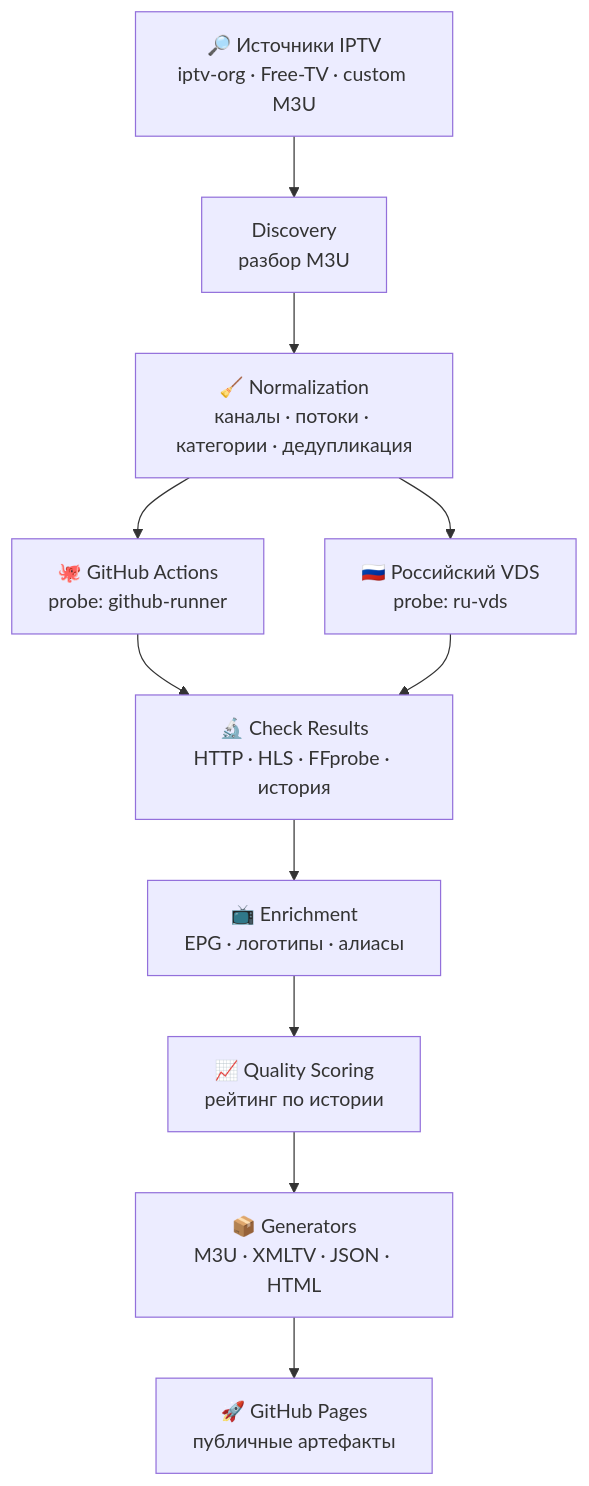
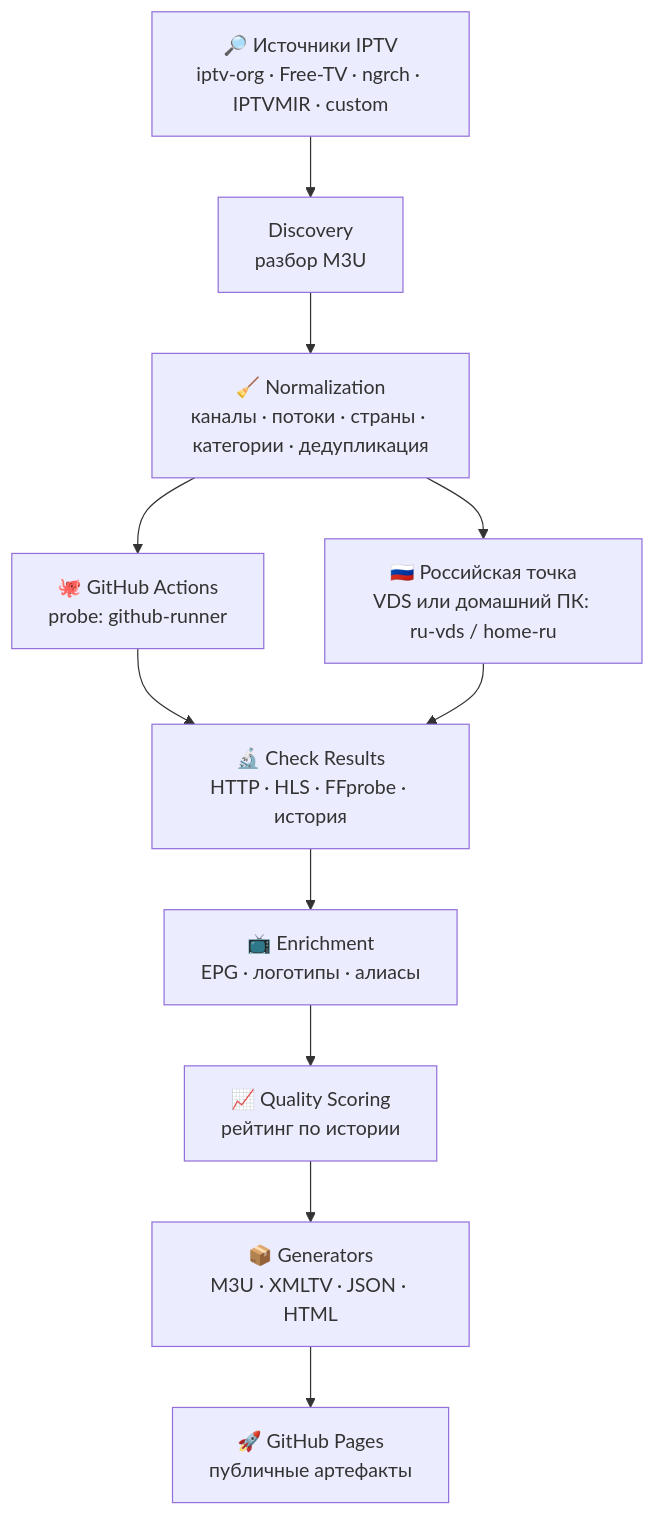
The diagram in README.md (chelslava/iptv-ru-monitor), drawn with Mermaid before and after one commit. The commit also changed other lines of this file, not shown here.

````diff
--- a/README.md
+++ b/README.md
@@ -91,13 +98,13 @@
 ```mermaid
 flowchart TD
-    SRC["🔎 Источники IPTV<br/>iptv-org · Free-TV · custom M3U"] --> DISC["Discovery<br/>разбор M3U"]
-    DISC --> NORM["🧹 Normalization<br/>каналы · потоки · категории · дедупликация"]
+    SRC["🔎 Источники IPTV<br/>iptv-org · Free-TV · ngrch · IPTVMIR · custom"] --> DISC["Discovery<br/>разбор M3U"]
+    DISC --> NORM["🧹 Normalization<br/>каналы · потоки · страны · категории · дедупликация"]
     NORM --> GH["🐙 GitHub Actions<br/>probe: github-runner"]
-    NORM --> VDS["🇷🇺 Российский VDS<br/>probe: ru-vds"]
+    NORM --> VDS["🇷🇺 Российская точка<br/>VDS или домашний ПК: ru-vds / home-ru"]
     GH --> RES["🔬 Check Results<br/>HTTP · HLS · FFprobe · история"]
     VDS --> RES
     RES --> ENR["📺 Enrichment<br/>EPG · логотипы · алиасы"]
     ENR --> SCORE["📈 Quality Scoring<br/>рейтинг по истории"]
     SCORE --> GEN["📦 Generators<br/>M3U · XMLTV · JSON · HTML"]
     GEN --> PAGES["🚀 GitHub Pages<br/>публичные артефакты"]
 ```
````
